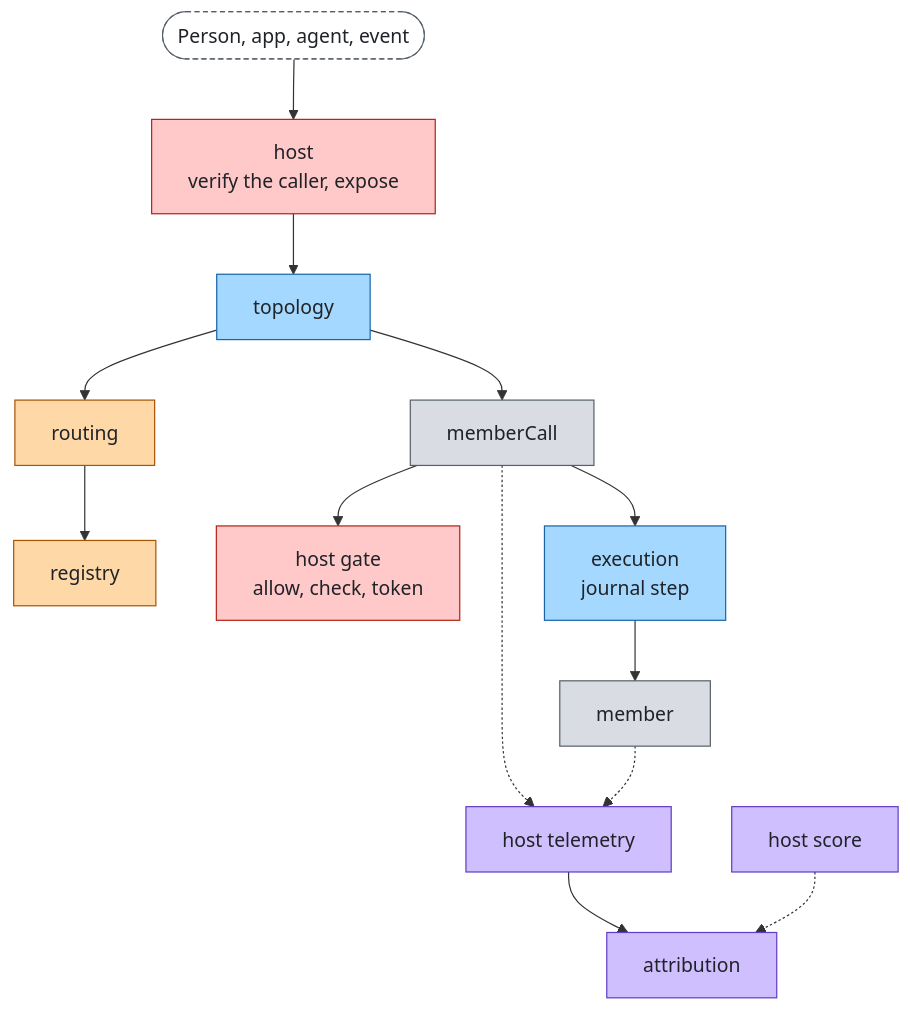
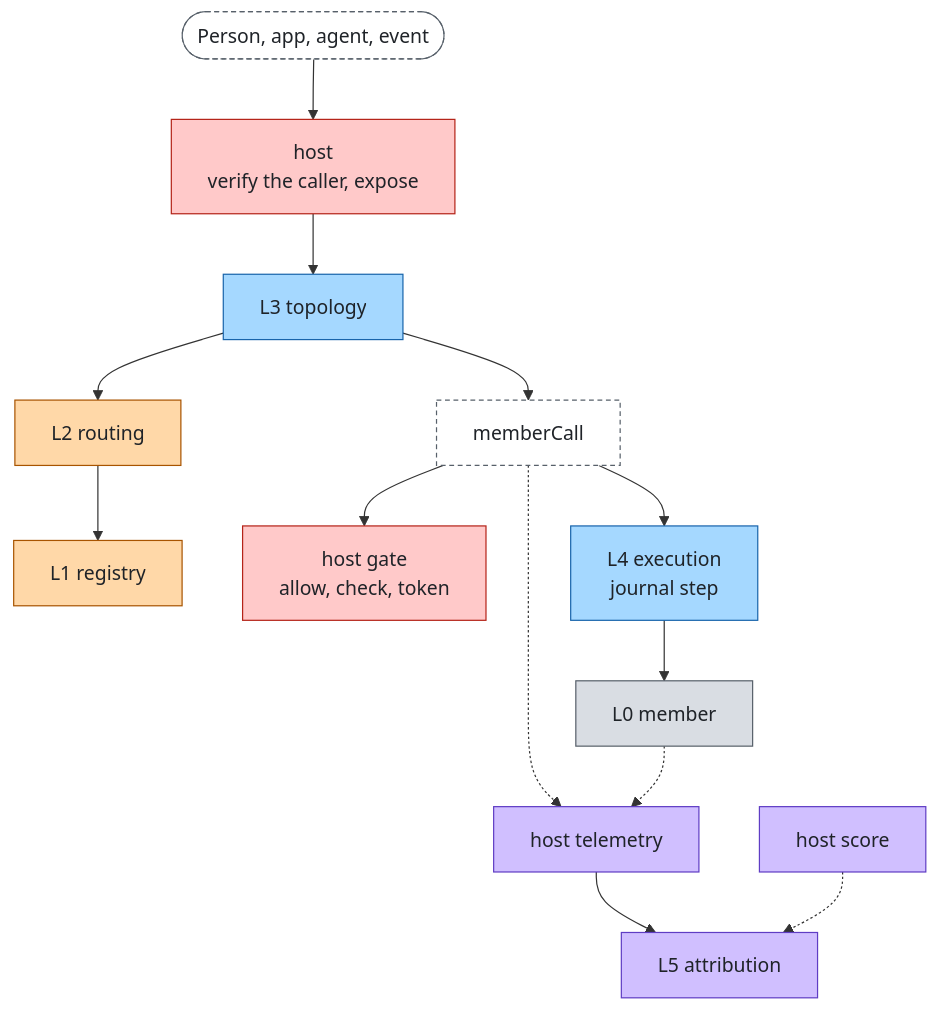
One commit to aantenore/agent-plexus changed the second of 3 diagrams in docs/stack.md. Above: the diagram before and after it, drawn with Mermaid. The commit also changed other lines of this file and 15 other files, not shown here.

````diff
--- a/docs/stack.md
+++ b/docs/stack.md
@@ -67,27 +67,21 @@
 ```mermaid
 flowchart TB
-  client([Person, app, agent, event]) --> host[host<br/>verify the caller, expose]
-  host --> topology[topology]
-  topology --> routing[routing]
-  routing --> registry[registry]
-  topology --> mc[memberCall]
-  mc --> gate[host gate<br/>allow, check, token]
-  mc --> execution[execution<br/>journal step]
-  execution --> member[member]
-  mc -.-> telemetry[host telemetry]
+  client([Person, app, agent, event]):::external --> host[host<br/>verify the caller, expose]:::control
+  host --> topology[L3 topology]:::agent
+  topology --> routing[L2 routing]:::model
+  routing --> registry[L1 registry]:::model
+  topology --> mc[memberCall]:::external
+  mc --> gate[host gate<br/>allow, check, token]:::control
+  mc --> execution[L4 execution<br/>journal step]:::agent
+  execution --> member[L0 member]:::foundation
+  mc -.-> telemetry[host telemetry]:::insight
   member -.-> telemetry
-  telemetry --> attribution[attribution]
-  score[host score] -.-> attribution
-  class client external
-  class host,gate control
-  class topology,execution agent
-  class routing,registry model
-  class member,mc foundation
-  class telemetry,score,attribution insight
+  telemetry --> attribution[L5 attribution]:::insight
+  score[host score]:::insight -.-> attribution
   classDef foundation fill:#d9dde3,stroke:#57606a,color:#1f2328
   classDef model fill:#ffd8a8,stroke:#a85400,color:#1f2328
   classDef agent fill:#a5d8ff,stroke:#1864ab,color:#1f2328
   classDef control fill:#ffc9c9,stroke:#b42318,color:#1f2328
   classDef insight fill:#d0bfff,stroke:#5f3dc4,color:#1f2328
   classDef external fill:#ffffff,stroke:#57606a,color:#1f2328,stroke-dasharray:4 3
 ```
````
